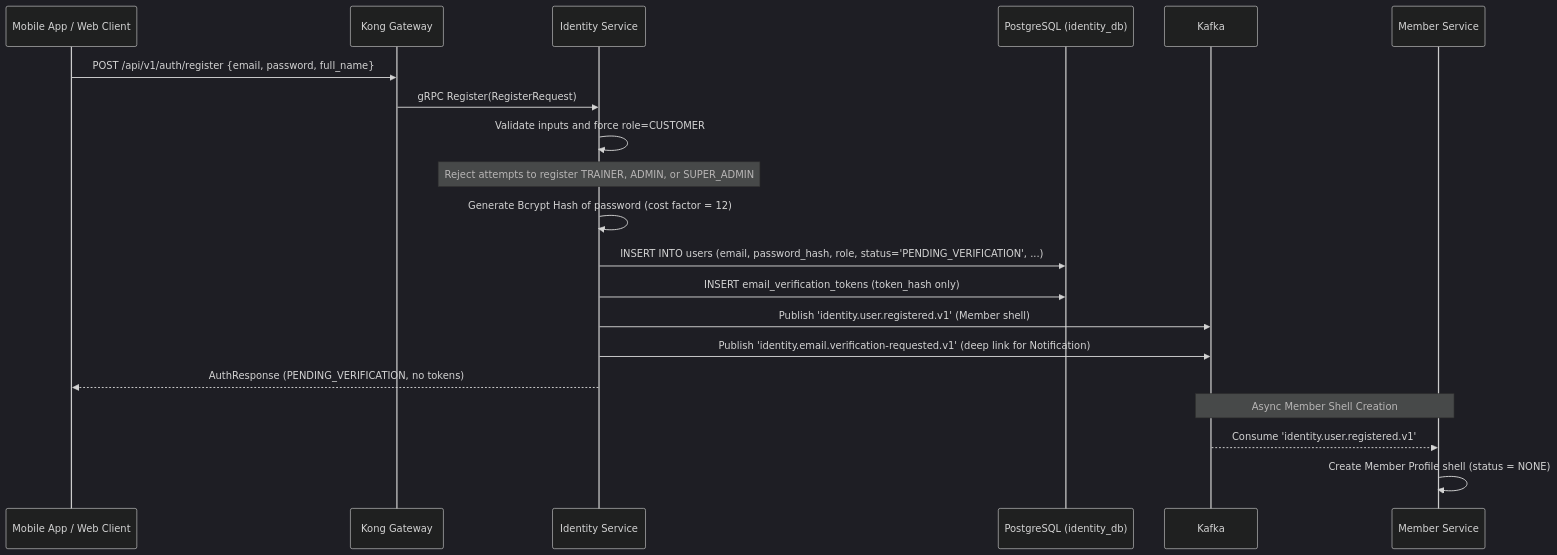
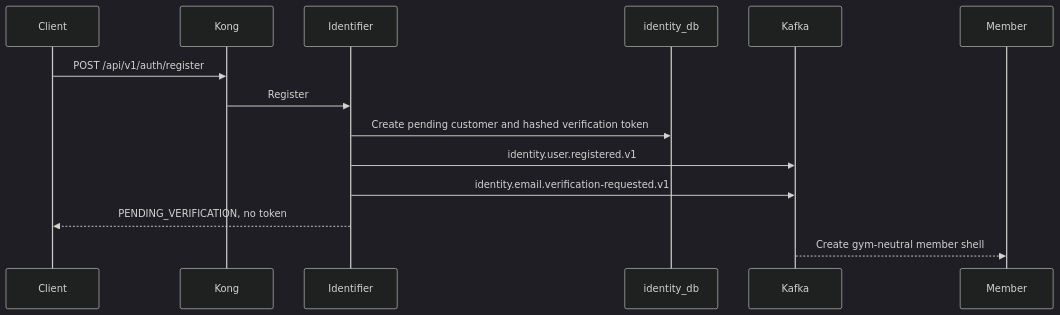
One commit to pploc/gym-architect changed the second of 3 diagrams in services/01-ms-gym-identifier.md. Above: the diagram before and after it, drawn with Mermaid (dark theme). The commit also changed other lines of this file and 16 other files, not shown here.

First line of the commit message:
docs: freeze Plans split roadmap through G8

````diff
--- a/services/01-ms-gym-identifier.md
+++ b/services/01-ms-gym-identifier.md
@@ -56,24 +56,17 @@
 ```mermaid
 sequenceDiagram
-    participant C as Mobile App / Web Client
-    participant K as Kong Gateway
-    participant IS as Identity Service
-    participant DB as PostgreSQL (identity_db)
+    participant C as Client
+    participant K as Kong
+    participant ID as Identifier
+    participant DB as identity_db
     participant KF as Kafka
-    participant MS as Member Service
+    participant MB as Member
 
-    C->>K: POST /api/v1/auth/register {email, password, full_name}
-    K->>IS: gRPC Register(RegisterRequest)
-    IS->>IS: Validate inputs and force role=CUSTOMER
-    Note over IS: Reject attempts to register TRAINER, ADMIN, or SUPER_ADMIN
-    IS->>IS: Generate Bcrypt Hash of password (cost factor = 12)
-    IS->>DB: INSERT INTO users (email, password_hash, role, status='PENDING_VERIFICATION', ...)
-    IS->>DB: INSERT email_verification_tokens (token_hash only)
-    IS->>KF: Publish 'identity.user.registered.v1' (Member shell)
-    IS->>KF: Publish 'identity.email.verification-requested.v1' (deep link for Notification)
-    IS-->>C: AuthResponse (PENDING_VERIFICATION, no tokens)
-
-    Note over KF,MS: Async Member Shell Creation
-    KF-->>MS: Consume 'identity.user.registered.v1'
-    MS->>MS: Create Member Profile shell (status = NONE)
+    C->>K: POST /api/v1/auth/register
+    K->>ID: Register
+    ID->>DB: Create pending customer and hashed verification token
+    ID->>KF: identity.user.registered.v1
+    ID->>KF: identity.email.verification-requested.v1
+    ID-->>C: PENDING_VERIFICATION, no token
+    KF-->>MB: Create gym-neutral member shell
 ```
````
